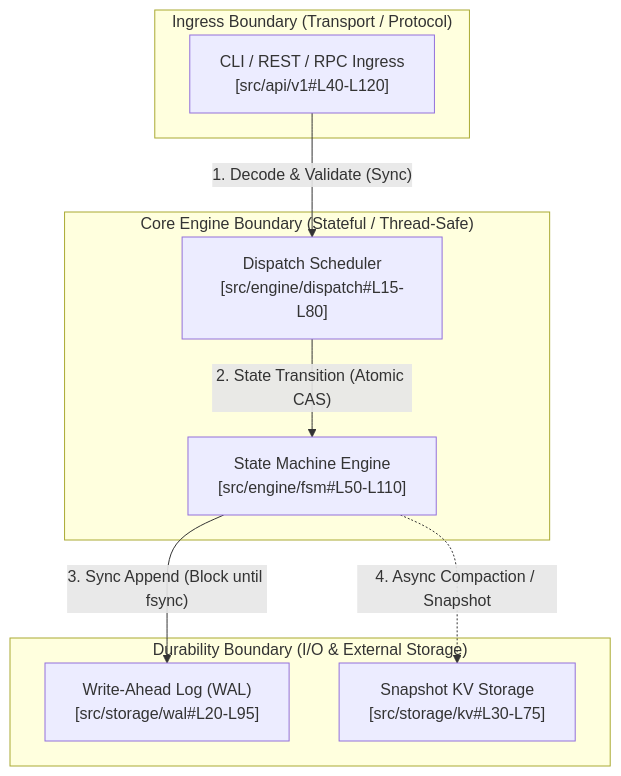
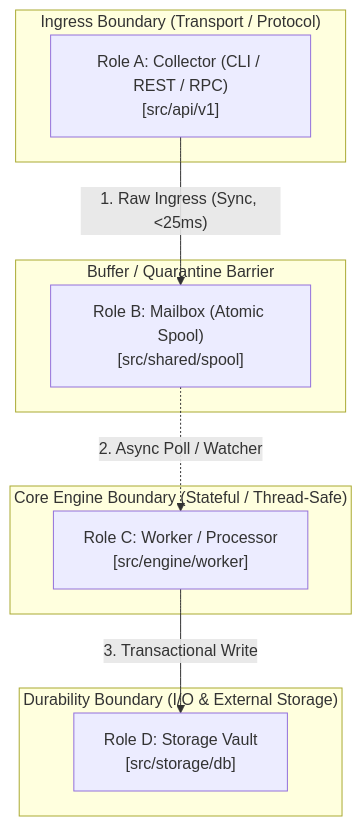
Before and after one commit to Asstar-X/repo-mentor: the diagram in methodology/01-architecture-patterns.md, drawn with Mermaid. The commit also changed other lines of this file and 10 other files, not shown here.

````diff
--- a/methodology/01-architecture-patterns.md
+++ b/methodology/01-architecture-patterns.md
@@ -59,21 +72,22 @@
 ```mermaid
 graph TD
     subgraph Ingress["Ingress Boundary (Transport / Protocol)"]
-        CLI["CLI / REST / RPC Ingress<br/>[src/api/v1#L40-L120]"]
+        CLI["Role A: Collector (CLI / REST / RPC)<br/>[src/api/v1]"]
+    end
+
+    subgraph Intermediate["Buffer / Quarantine Barrier"]
+        Mailbox["Role B: Mailbox (Atomic Spool)<br/>[src/shared/spool]"]
     end
 
     subgraph CoreEngine["Core Engine Boundary (Stateful / Thread-Safe)"]
-        Dispatcher["Dispatch Scheduler<br/>[src/engine/dispatch#L15-L80]"]
-        StateMachine["State Machine Engine<br/>[src/engine/fsm#L50-L110]"]
+        Worker["Role C: Worker / Processor<br/>[src/engine/worker]"]
     end
 
     subgraph Persistence["Durability Boundary (I/O & External Storage)"]
-        WAL["Write-Ahead Log (WAL)<br/>[src/storage/wal#L20-L95]"]
-        StateDB["Snapshot KV Storage<br/>[src/storage/kv#L30-L75]"]
+        Vault["Role D: Storage Vault<br/>[src/storage/db]"]
     end
 
-    CLI -->|"1. Decode & Validate (Sync)"| Dispatcher
-    Dispatcher -->|"2. State Transition (Atomic CAS)"| StateMachine
-    StateMachine -->|"3. Sync Append (Block until fsync)"| WAL
-    StateMachine -.->|"4. Async Compaction / Snapshot"| StateDB
+    CLI -->|"1. Raw Ingress (Sync, <25ms)"| Mailbox
+    Mailbox -.->|"2. Async Poll / Watcher"| Worker
+    Worker -->|"3. Transactional Write"| Vault
 ```
````
